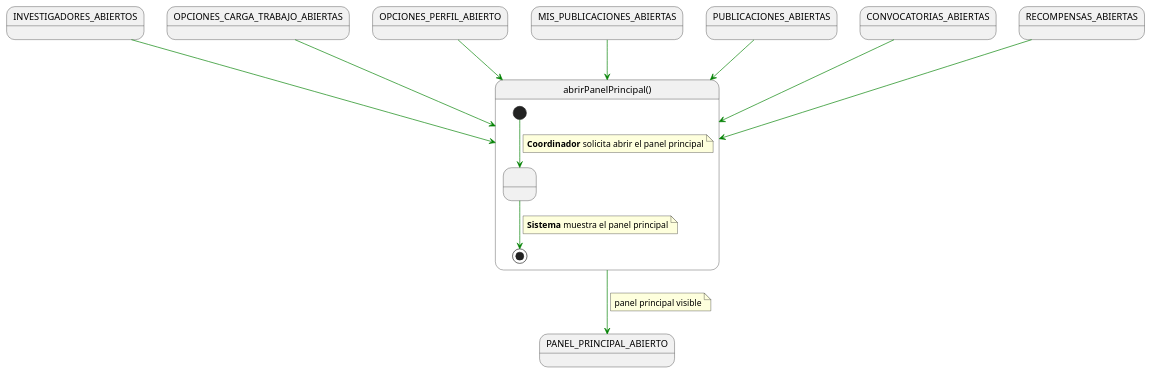
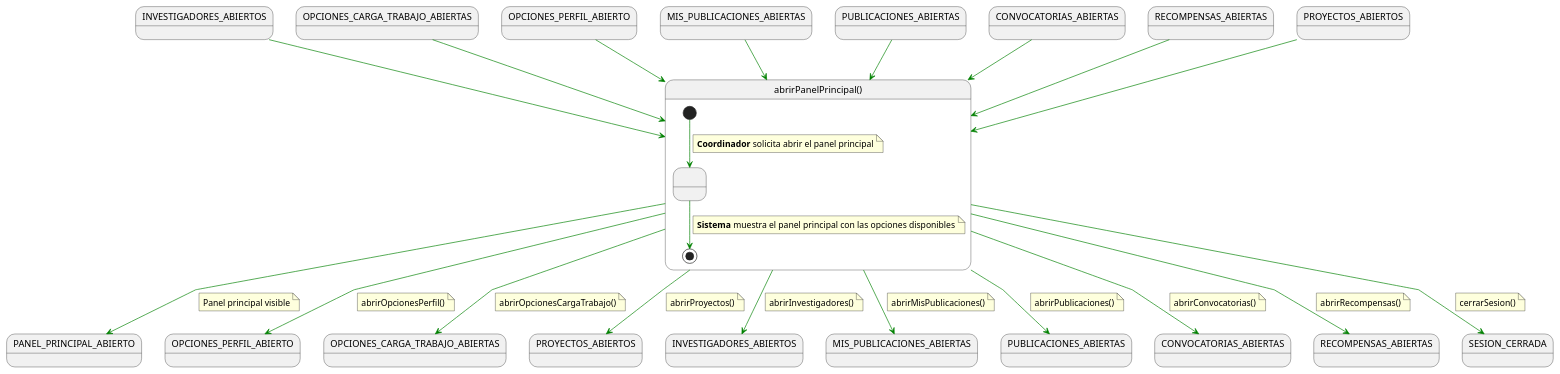
Before and after one commit to 31Diego/25-26-IdSw1-SdR: the diagram in documents/casosDeUso/detalle/coordinador/01-panel-principal/abrirPanelPrincipal/abrirPanelPrincipal.puml, drawn with PlantUML. The commit also changed 69 other files, not shown here.

```diff
--- a/documents/casosDeUso/detalle/coordinador/01-panel-principal/abrirPanelPrincipal/abrirPanelPrincipal.puml
+++ b/documents/casosDeUso/detalle/coordinador/01-panel-principal/abrirPanelPrincipal/abrirPanelPrincipal.puml
@@ -1,33 +1,94 @@
 @startuml abrirPanelPrincipal
-
 skinparam linetype polyline
 
-INVESTIGADORES_ABIERTOS -[#green]-> abrirPanelPrincipal
-OPCIONES_CARGA_TRABAJO_ABIERTAS -[#green]-> abrirPanelPrincipal
-OPCIONES_PERFIL_ABIERTO -[#green]-> abrirPanelPrincipal
-MIS_PUBLICACIONES_ABIERTAS -[#green]-> abrirPanelPrincipal
-PUBLICACIONES_ABIERTAS -[#green]-> abrirPanelPrincipal
-CONVOCATORIAS_ABIERTAS -[#green]-> abrirPanelPrincipal
-RECOMPENSAS_ABIERTAS -[#green]-> abrirPanelPrincipal
+state in1 as "INVESTIGADORES_ABIERTOS"
+in1 -[#green]-> abrirPanelPrincipal
+
+state in2 as "OPCIONES_CARGA_TRABAJO_ABIERTAS"
+in2 -[#green]-> abrirPanelPrincipal
+
+state in3 as "OPCIONES_PERFIL_ABIERTO"
+in3 -[#green]-> abrirPanelPrincipal
+
+state in4 as "MIS_PUBLICACIONES_ABIERTAS"
+in4 -[#green]-> abrirPanelPrincipal
+
+state in5 as "PUBLICACIONES_ABIERTAS"
+in5 -[#green]-> abrirPanelPrincipal
+
+state in6 as "CONVOCATORIAS_ABIERTAS"
+in6 -[#green]-> abrirPanelPrincipal
+
+state in7 as "RECOMPENSAS_ABIERTAS"
+in7 -[#green]-> abrirPanelPrincipal
+
+state in8 as "PROYECTOS_ABIERTOS"
+in8 -[#green]-> abrirPanelPrincipal
+
 
 state abrirPanelPrincipal as "abrirPanelPrincipal()" {
 
     state " " as MostrandoPanel
 
     [*] -[#green]-> MostrandoPanel
     note on link
     <b>Coordinador</b> solicita abrir el panel principal
     end note
 
     MostrandoPanel -[#green]-> [*]
     note on link
-    <b>Sistema</b> muestra el panel principal
+    <b>Sistema</b> muestra el panel principal con las opciones disponibles
     end note
 }
 
 abrirPanelPrincipal -[#green]-> PANEL_PRINCIPAL_ABIERTO
 note on link
-panel principal visible
+Panel principal visible
+end note
+
+abrirPanelPrincipal -[#green]-> OPCIONES_PERFIL_ABIERTO
+note on link
+abrirOpcionesPerfil()
+end note
+
+abrirPanelPrincipal -[#green]-> OPCIONES_CARGA_TRABAJO_ABIERTAS
+note on link
+abrirOpcionesCargaTrabajo()
+end note
+
+abrirPanelPrincipal -[#green]-> PROYECTOS_ABIERTOS
+note on link
+abrirProyectos()
+end note
+
+abrirPanelPrincipal -[#green]-> INVESTIGADORES_ABIERTOS
+note on link
+abrirInvestigadores()
+end note
+
+abrirPanelPrincipal -[#green]-> MIS_PUBLICACIONES_ABIERTAS
+note on link
+abrirMisPublicaciones()
+end note
+
+abrirPanelPrincipal -[#green]-> PUBLICACIONES_ABIERTAS
+note on link
+abrirPublicaciones()
+end note
+
+abrirPanelPrincipal -[#green]-> CONVOCATORIAS_ABIERTAS
+note on link
+abrirConvocatorias()
+end note
+
+abrirPanelPrincipal -[#green]-> RECOMPENSAS_ABIERTAS
+note on link
+abrirRecompensas()
+end note
+
+abrirPanelPrincipal -[#green]-> SESION_CERRADA
+note on link
+cerrarSesion()
 end note
 
 @enduml
```
